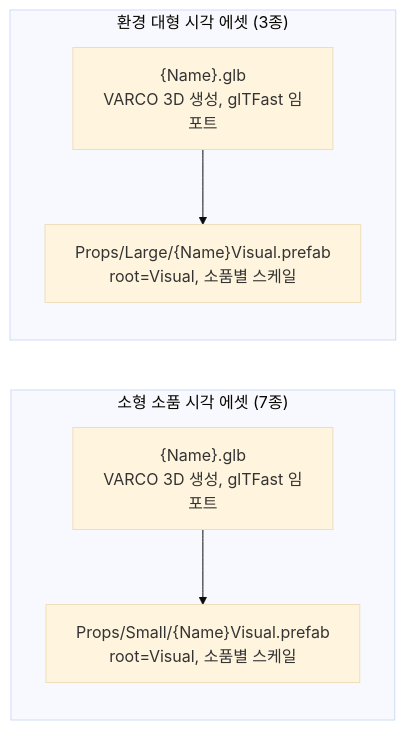
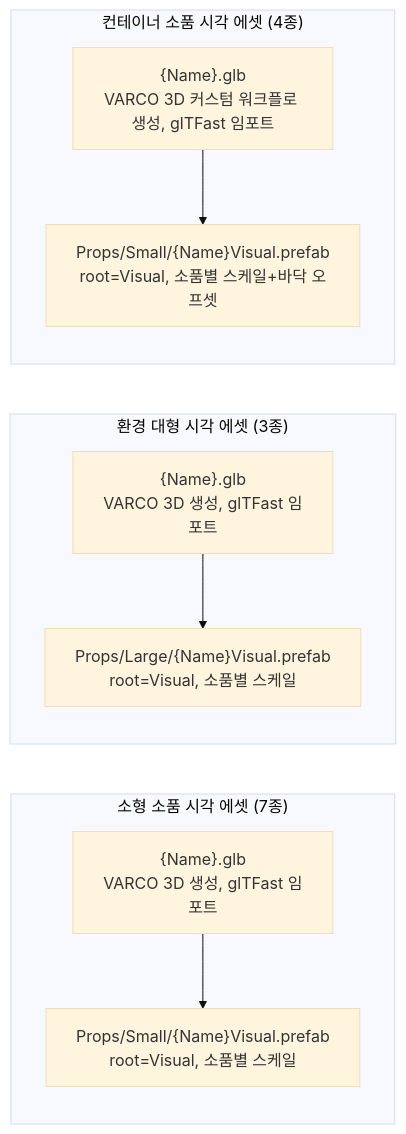
The diagram in docs/TECH_NOTES/mine-props.md (KDNA-Gwangju-1/NCAIClicker), drawn with Mermaid (base theme) before and after one commit. The commit also changed other lines of this file and 22 other files, not shown here.

````diff
--- a/docs/TECH_NOTES/mine-props.md
+++ b/docs/TECH_NOTES/mine-props.md
@@ -37,13 +49,18 @@
 ```mermaid
 flowchart LR
   subgraph Small["소형 소품 시각 에셋 (7종)"]
     glbS["{Name}.glb<br/>VARCO 3D 생성, glTFast 임포트"]
     visualS["Props/Small/{Name}Visual.prefab<br/>root=Visual, 소품별 스케일"]
     glbS --> visualS
   end
   subgraph Large["환경 대형 시각 에셋 (3종)"]
     glbL["{Name}.glb<br/>VARCO 3D 생성, glTFast 임포트"]
     visualL["Props/Large/{Name}Visual.prefab<br/>root=Visual, 소품별 스케일"]
     glbL --> visualL
   end
+  subgraph Container["컨테이너 소품 시각 에셋 (4종)"]
+    glbC["{Name}.glb<br/>VARCO 3D 커스텀 워크플로 생성, glTFast 임포트"]
+    visualC["Props/Small/{Name}Visual.prefab<br/>root=Visual, 소품별 스케일+바닥 오프셋"]
+    glbC --> visualC
+  end
 ```
````
